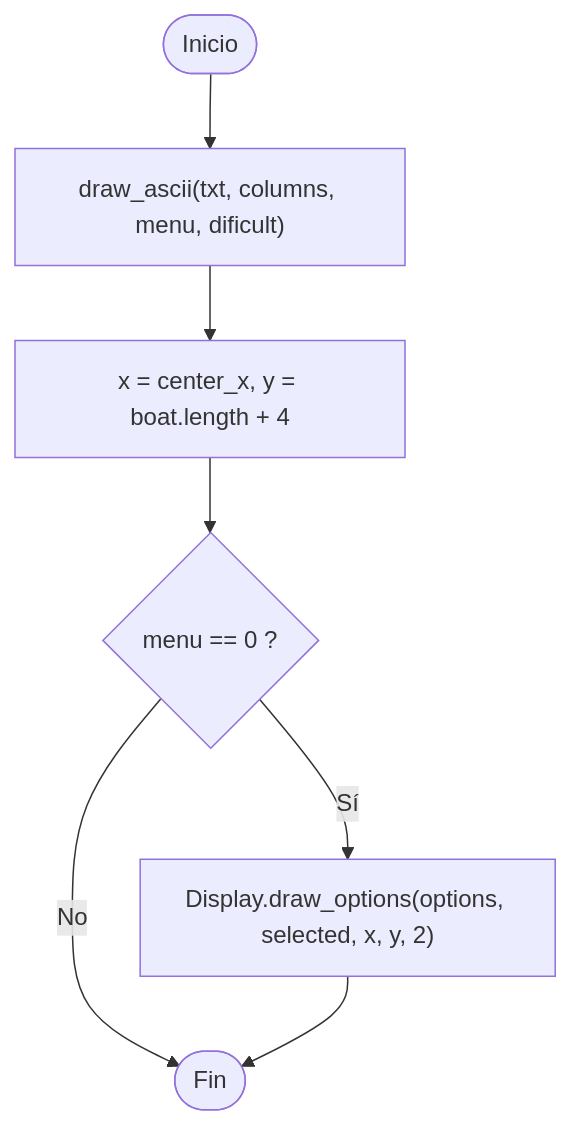
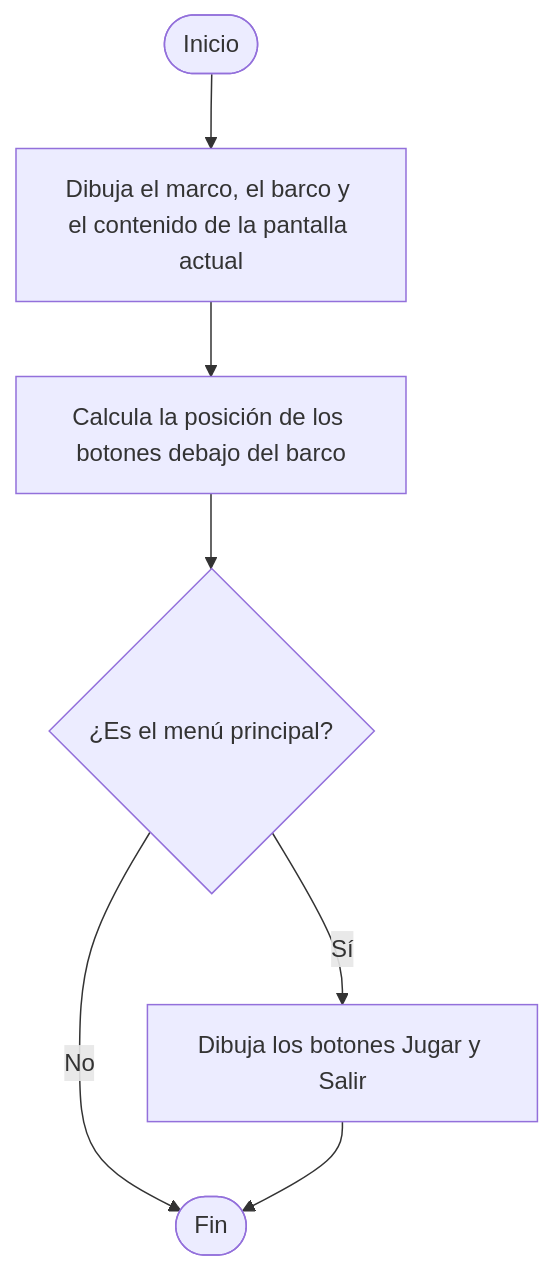
Before and after one commit to 8ismel6/1MD-ProyectoFinal: the fifth of 33 diagrams in README.md, drawn with Mermaid. The commit also changed other lines of this file and 1 other file, not shown here.

````diff
--- a/README.md
+++ b/README.md
@@ -389,9 +386,9 @@
 ```mermaid
 flowchart TD
-A(["Inicio"]) --> B["draw_ascii(txt, columns, menu, dificult)"]
-B --> C["x = center_x, y = boat.length + 4"]
-C --> D{"menu == 0 ?"}
-D -- "Sí" --> E["Display.draw_options(options, selected, x, y, 2)"]
+A(["Inicio"]) --> B["Dibuja el marco, el barco y el contenido de la pantalla actual"]
+B --> C["Calcula la posición de los botones debajo del barco"]
+C --> D{"¿Es el menú principal?"}
+D -- "Sí" --> E["Dibuja los botones Jugar y Salir"]
 D -- "No" --> F(["Fin"])
 E --> F
 ```
````
